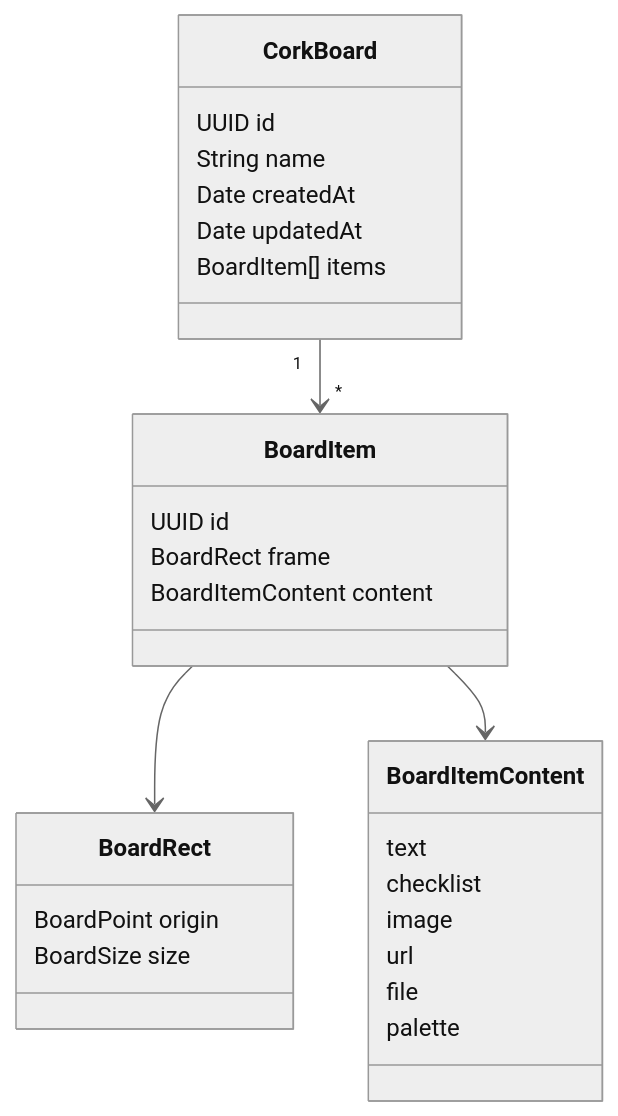
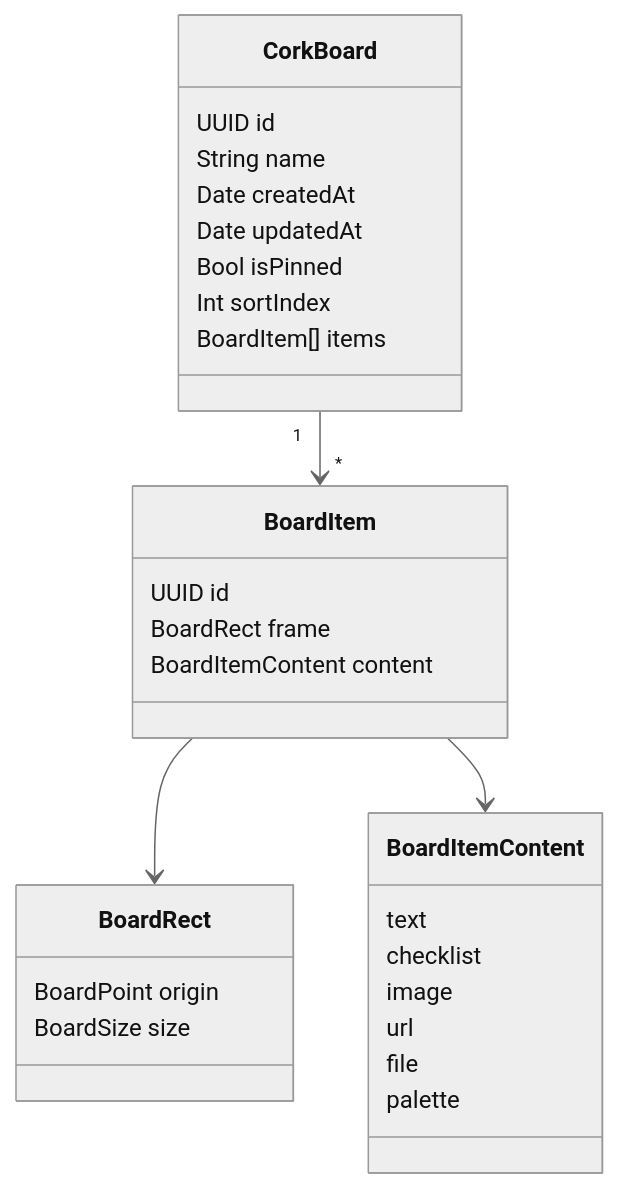
One commit to KopitarFan/Cork changed the second of 3 diagrams in docs/architecture.md. Above: the diagram before and after it, drawn with Mermaid (neutral theme). The commit also changed other lines of this file and 10 other files, not shown here.

````diff
--- a/docs/architecture.md
+++ b/docs/architecture.md
@@ -197,34 +197,36 @@
 ```mermaid
 classDiagram
     class CorkBoard {
         UUID id
         String name
         Date createdAt
         Date updatedAt
+        Bool isPinned
+        Int sortIndex
         BoardItem[] items
     }
 
     class BoardItem {
         UUID id
         BoardRect frame
         BoardItemContent content
     }
 
     class BoardItemContent {
         text
         checklist
         image
         url
         file
         palette
     }
 
     class BoardRect {
         BoardPoint origin
         BoardSize size
     }
 
     CorkBoard "1" --> "*" BoardItem
     BoardItem --> BoardRect
     BoardItem --> BoardItemContent
 ```
````
